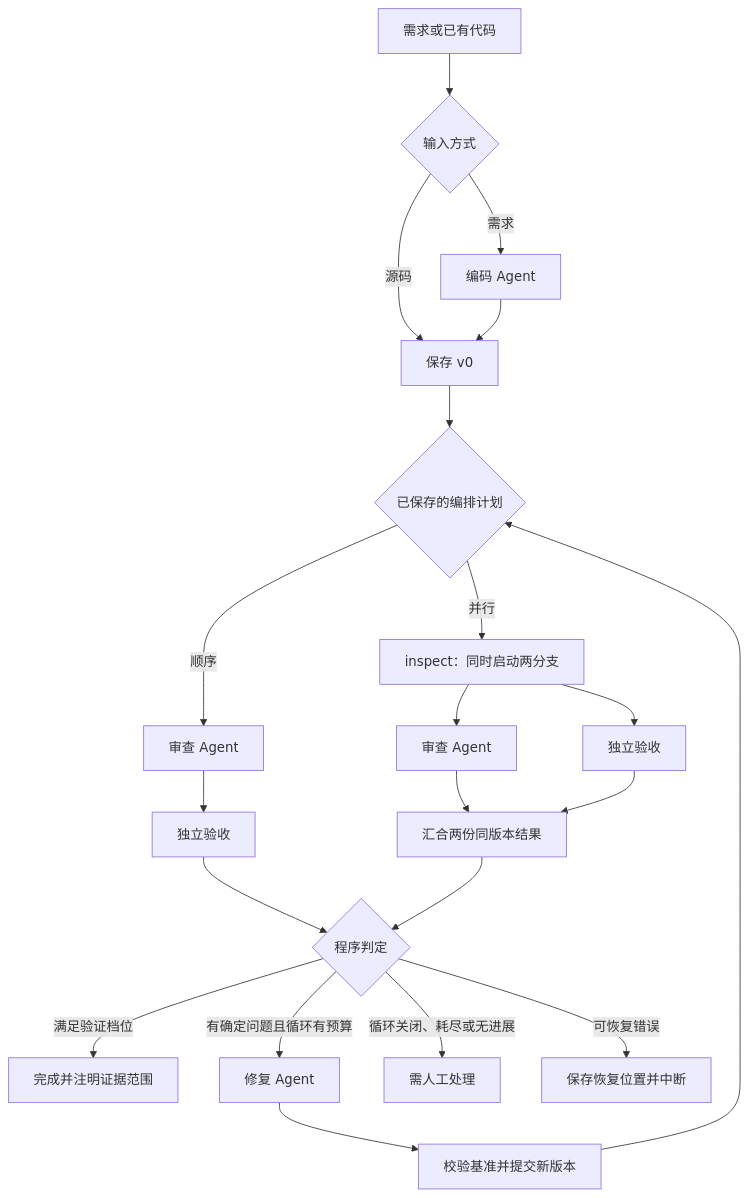
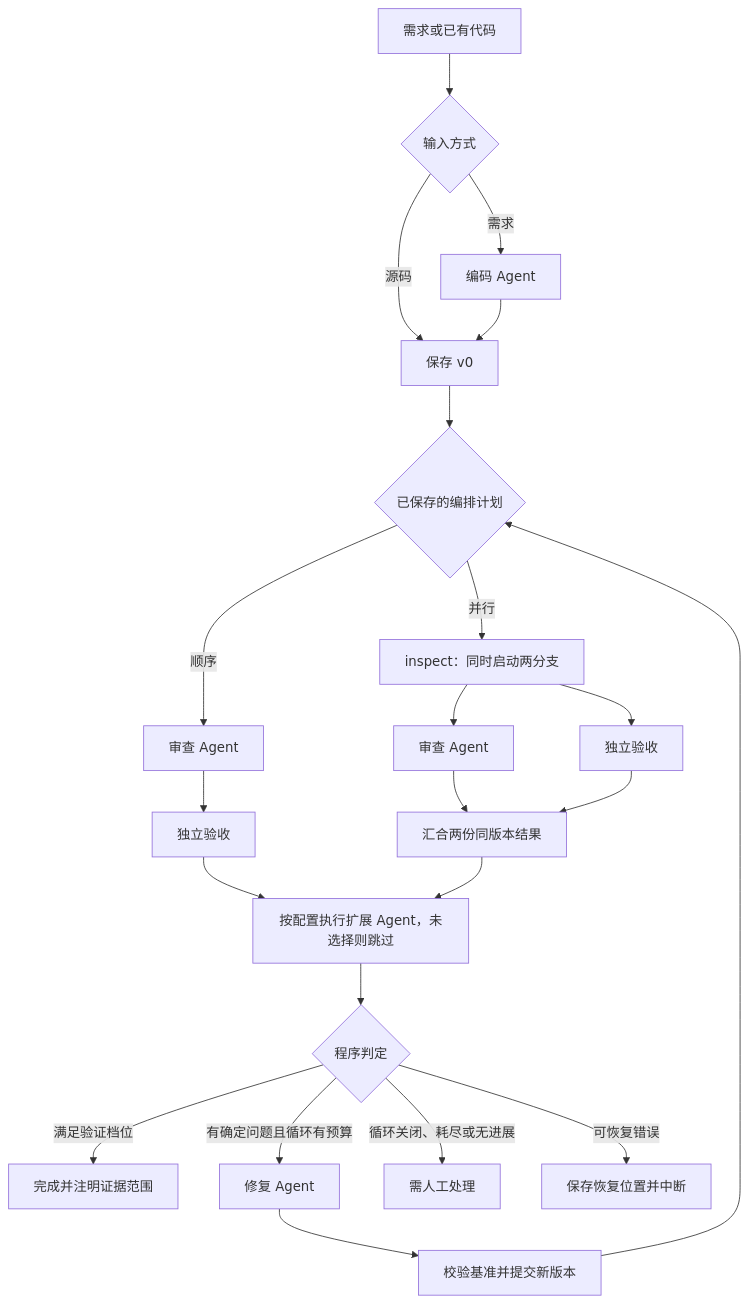
The diagram in docs/DESIGN.md (KADG777/Codelens_Pro), drawn with Mermaid before and after one commit. The commit also changed other lines of this file and 3 other files, not shown here.

````diff
--- a/docs/DESIGN.md
+++ b/docs/DESIGN.md
@@ -17,23 +18,24 @@
 ```mermaid
 flowchart TD
     A[需求或已有代码] --> B{输入方式}
     B -->|需求| C[编码 Agent]
     B -->|源码| D[保存 v0]
     C --> D
     D --> P{已保存的编排计划}
     P -->|顺序| R[审查 Agent]
     R --> V[独立验收]
     P -->|并行| I[inspect：同时启动两分支]
     I --> R2[审查 Agent]
     I --> V2[独立验收]
     R2 --> J[汇合两份同版本结果]
     V2 --> J
-    V --> G{程序判定}
-    J --> G
+    V --> X[按配置执行扩展 Agent，未选择则跳过]
+    J --> X
+    X --> G{程序判定}
     G -->|满足验证档位| O[完成并注明证据范围]
     G -->|有确定问题且循环有预算| F[修复 Agent]
     F --> S[校验基准并提交新版本]
     S --> P
     G -->|循环关闭、耗尽或无进展| N[需人工处理]
     G -->|可恢复错误| E[保存恢复位置并中断]
 ```
````
